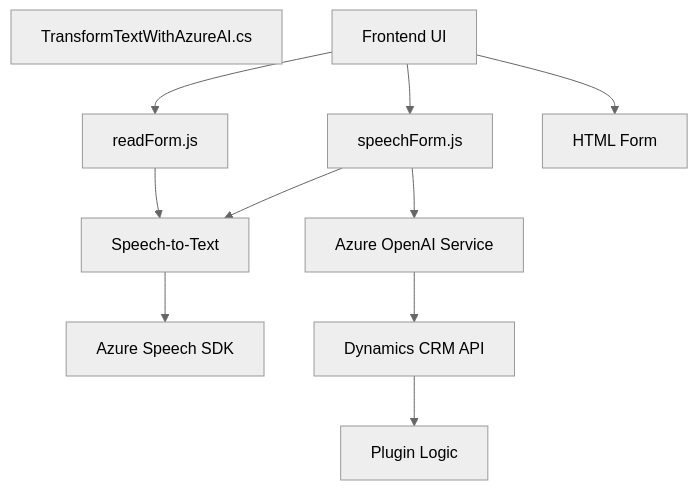
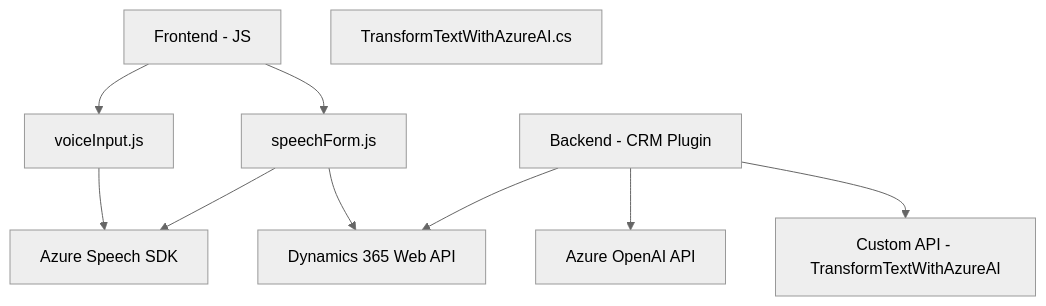
Before and after one commit to blopezdm/NETCORE_BILBAO2025: the diagram in README.md, drawn with Mermaid (neutral theme). The commit also changed other lines of this file, not shown here.

````diff
--- a/README.md
+++ b/README.md
@@ -36,23 +47,21 @@
 ```mermaid
 graph TD
-    A["readForm.js"]
-    B["speechForm.js"]
-    C["TransformTextWithAzureAI.cs"]
-    D["Frontend UI"]
-    E["Azure Speech SDK"]
-    F["Azure OpenAI Service"]
-    G["Dynamics CRM API"]
-    H["HTML Form"]
-    I["Speech-to-Text"]
-    J["Plugin Logic"]
+A["Frontend - JS"]
+B["voiceInput.js"]
+C["speechForm.js"]
+D["Backend - CRM Plugin"]
+E["TransformTextWithAzureAI.cs"]
+F["Azure Speech SDK"]
+G["Azure OpenAI API"]
+H["Dynamics 365 Web API"]
+I["Custom API - TransformTextWithAzureAI"]
 
-    D --> H
-    D --> A
-    A --> I
-    I --> E
-    D --> B
-    B --> I
-    B --> F
-    F --> G
-    G --> J
+A --> B 
+A --> C
+B --> F
+C --> F
+C --> H
+D --> G
+D --> H
+D --> I
 ```
````
